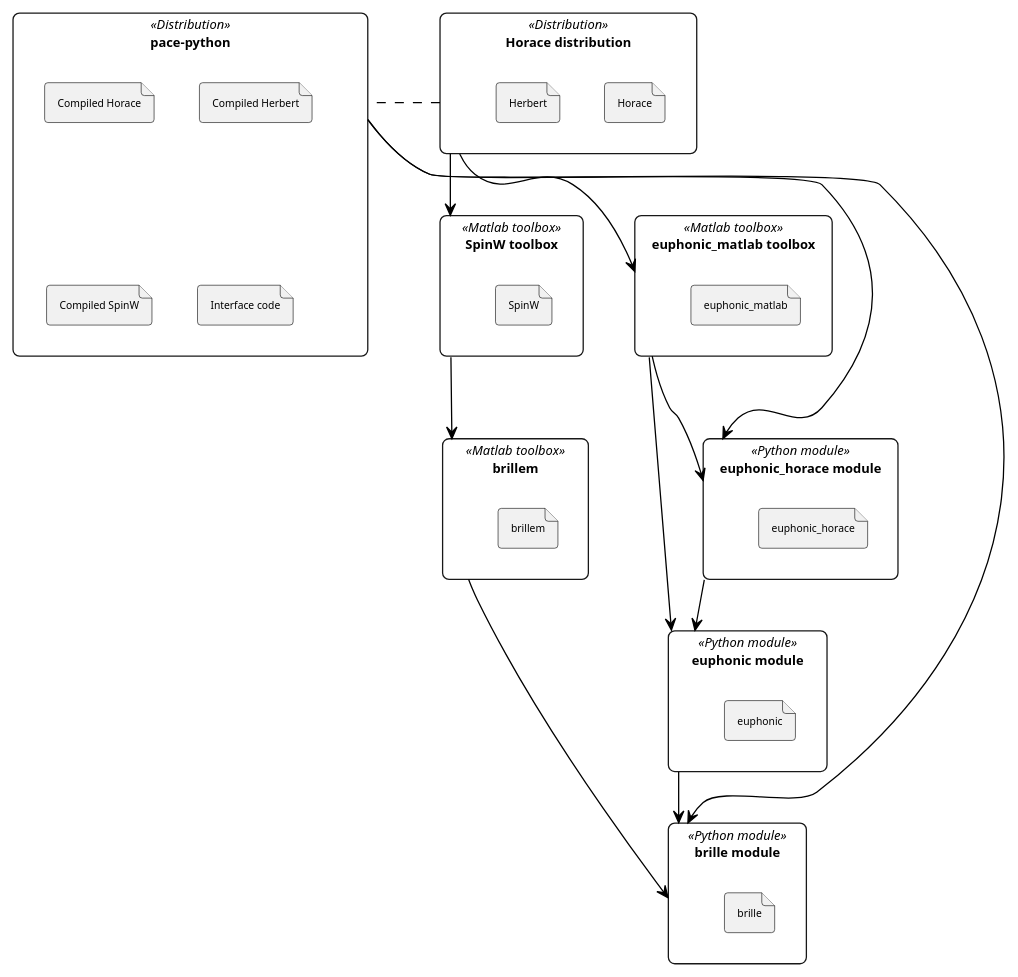
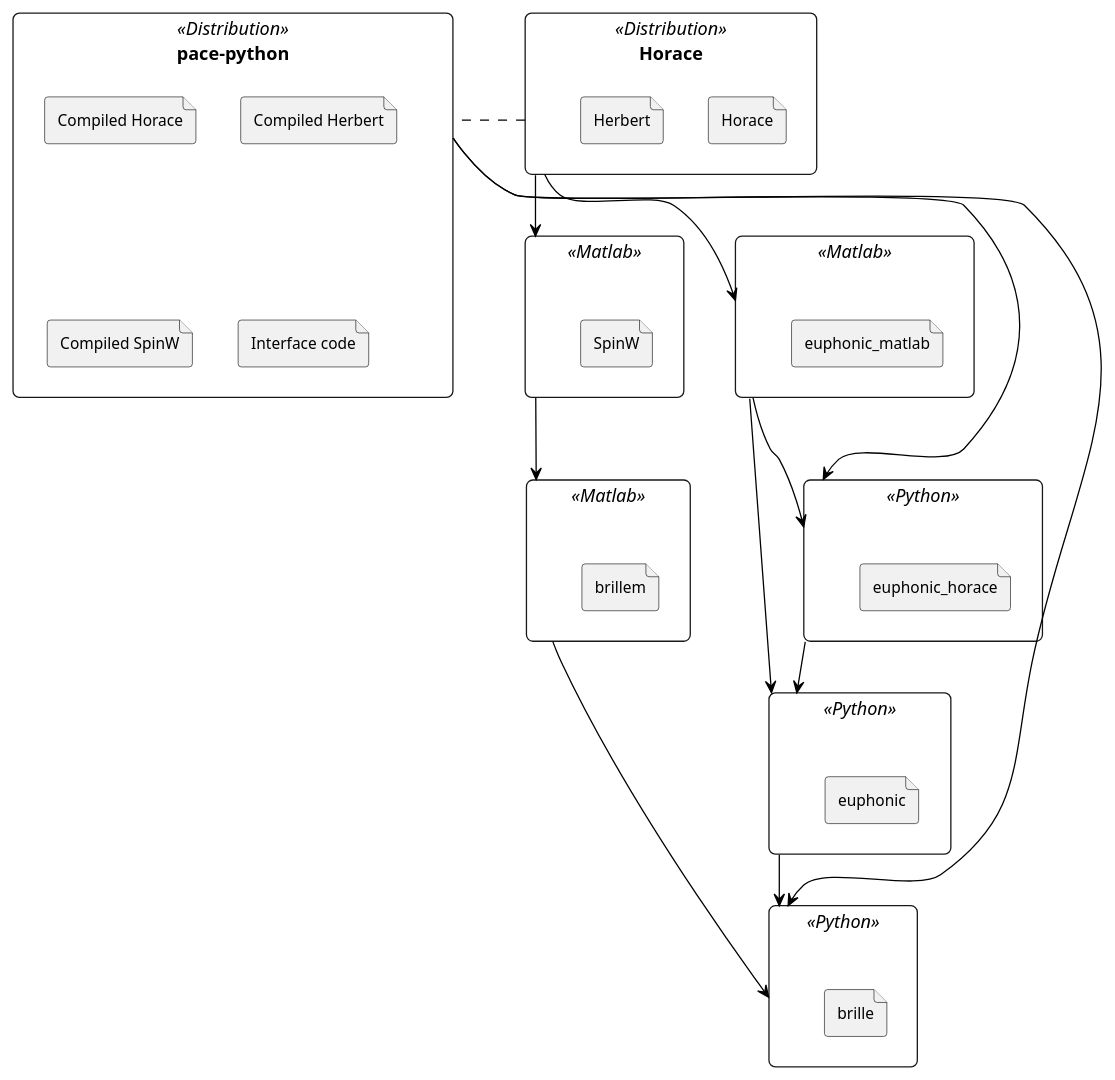
Before and after one commit to pace-neutrons/pace-developers: the diagram in documentation/add/diagrams/pace_framework.puml, drawn with PlantUML. The commit also changed 2 other files, not shown here.

```diff
--- a/documentation/add/diagrams/pace_framework.puml
+++ b/documentation/add/diagrams/pace_framework.puml
@@ -1,74 +1,74 @@
 @startuml pace_framework
 
 'skinparam linetype ortho
 top to bottom direction
 
 skinparam rectangle {
     roundCorner<<Distribution>> 10
-    roundCorner<<Python module>> 10
-    roundCorner<<Matlab toolbox>> 10
-    FontSize 10
+    roundCorner<<Python>> 10
+    roundCorner<<Matlab>> 10
+    FontSize 14
 }
 skinparam file {
-    FontSize 8
+    FontSize 12 
 }
 
 skinparam class {
 BackgroundColor White
 ArrowColor Black
 BorderColor Black
 }
 
 together {
     together {
-        rectangle "Horace distribution" <<Distribution>> as horaceDistribution {
+        rectangle "Horace" <<Distribution>> as horaceDistribution {
             file Horace
             file Herbert
         }
         together {
-            rectangle "SpinW toolbox" <<Matlab toolbox>> as spinwToolbox {
+            rectangle " " <<Matlab>> as spinwToolbox {
                 file SpinW 
             }
-            rectangle "euphonic_matlab toolbox" <<Matlab toolbox>> as euphonic_matlabToolbox {
+            rectangle " " <<Matlab>> as euphonic_matlabToolbox {
                 file euphonic_matlab
             }
         }
     }
     rectangle pace-python <<Distribution>> as pacePython {
         file "Compiled Horace"
         file "Compiled Herbert"
         file "Compiled SpinW"
         file "Interface code"
     }
 }
 
-rectangle "brillem" <<Matlab toolbox>> as brillemToolbox {
+rectangle " " <<Matlab>> as brillemToolbox {
     file brillem
 }
 
-rectangle "euphonic_horace module" <<Python module>> as euphonic_horaceModule {
+rectangle " " <<Python>> as euphonic_horaceModule {
     file euphonic_horace
 }
 
-rectangle "brille module" <<Python module>> as brilleModule {
+rectangle " " <<Python>> as brilleModule {
     file brille
 }
 
-rectangle "euphonic module" <<Python module>> as euphonicModule {
+rectangle " " <<Python>> as euphonicModule {
     file euphonic
 }
 
 
 horaceDistribution . pacePython
 pacePython --> euphonic_horaceModule
 horaceDistribution --> euphonic_matlabToolbox
 euphonic_matlabToolbox --> euphonic_horaceModule
 euphonic_matlabToolbox --> euphonicModule
 euphonic_horaceModule --> euphonicModule
 horaceDistribution --> spinwToolbox
 euphonicModule -down-> brilleModule
 spinwToolbox --> brillemToolbox
 brillemToolbox --> brilleModule
 pacePython --> brilleModule
 
 @enduml
```
